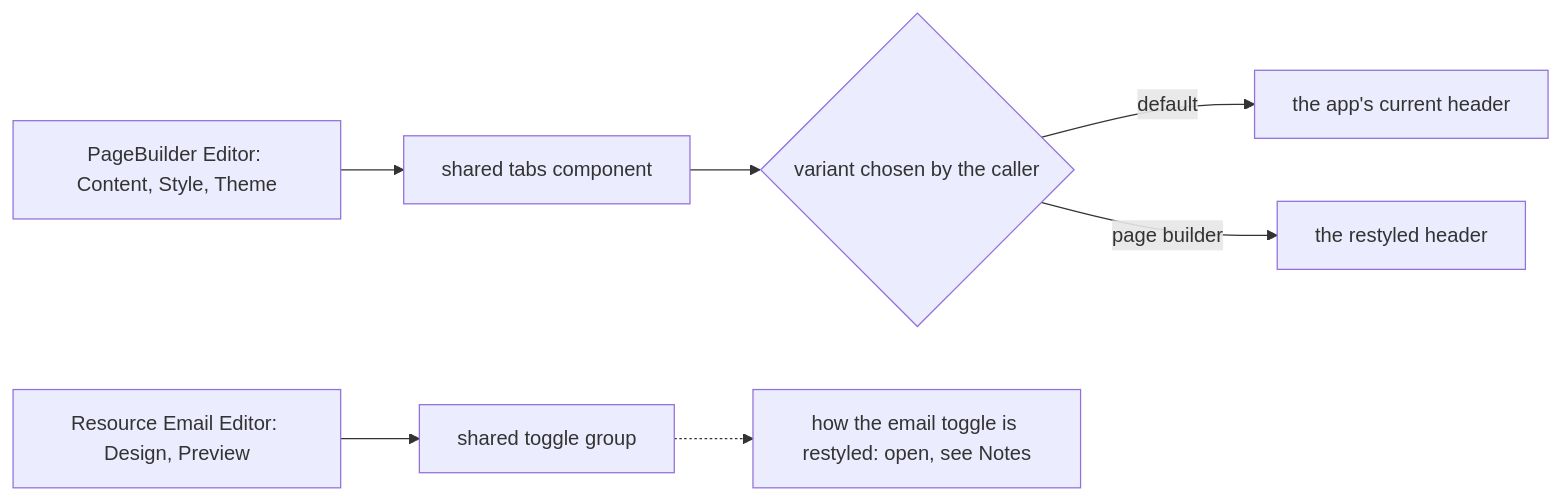
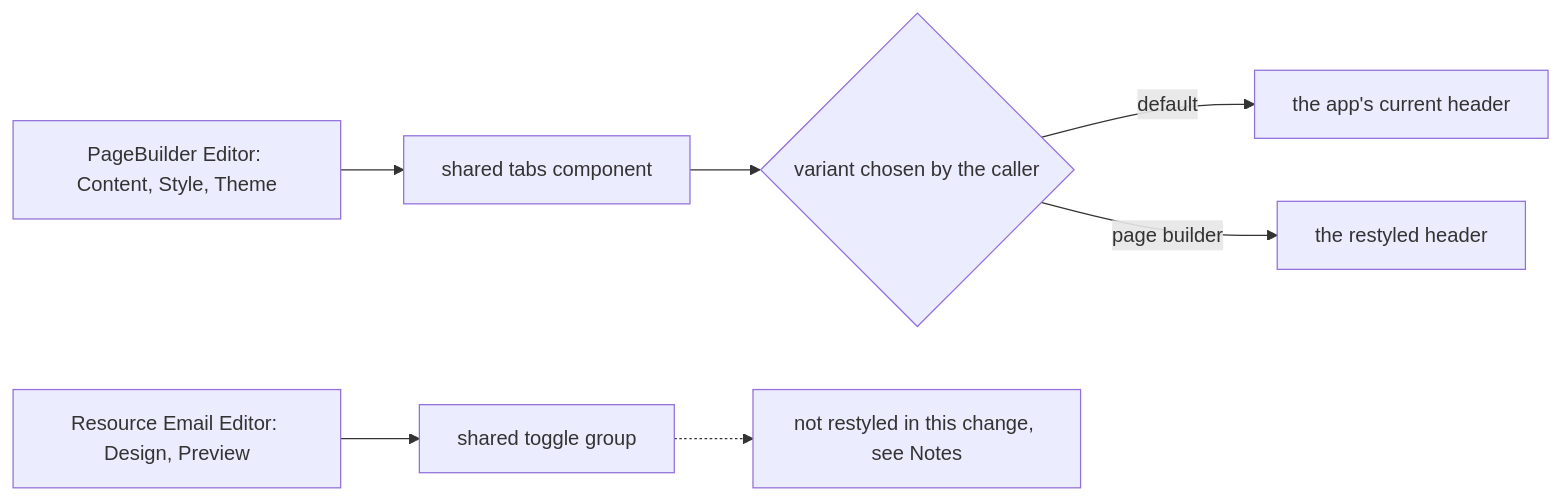
The diagram in openspec/changes/resource-page-builder-tab-headers/design.md (Esposter/Esposter), drawn with Mermaid before and after one commit. The commit also changed other lines of this file and 7 other files, not shown here.

````diff
--- a/openspec/changes/resource-page-builder-tab-headers/design.md
+++ b/openspec/changes/resource-page-builder-tab-headers/design.md
@@ -9,9 +9,9 @@
 ```mermaid
 flowchart LR
   A[PageBuilder Editor: Content, Style, Theme] --> C[shared tabs component]
   C --> D{variant chosen by the caller}
   D -->|default| E[the app's current header]
   D -->|page builder| F[the restyled header]
   B[Resource Email Editor: Design, Preview] --> G[shared toggle group]
-  G -.-> H[how the email toggle is restyled: open, see Notes]
+  G -.-> H[not restyled in this change, see Notes]
 ```
````
